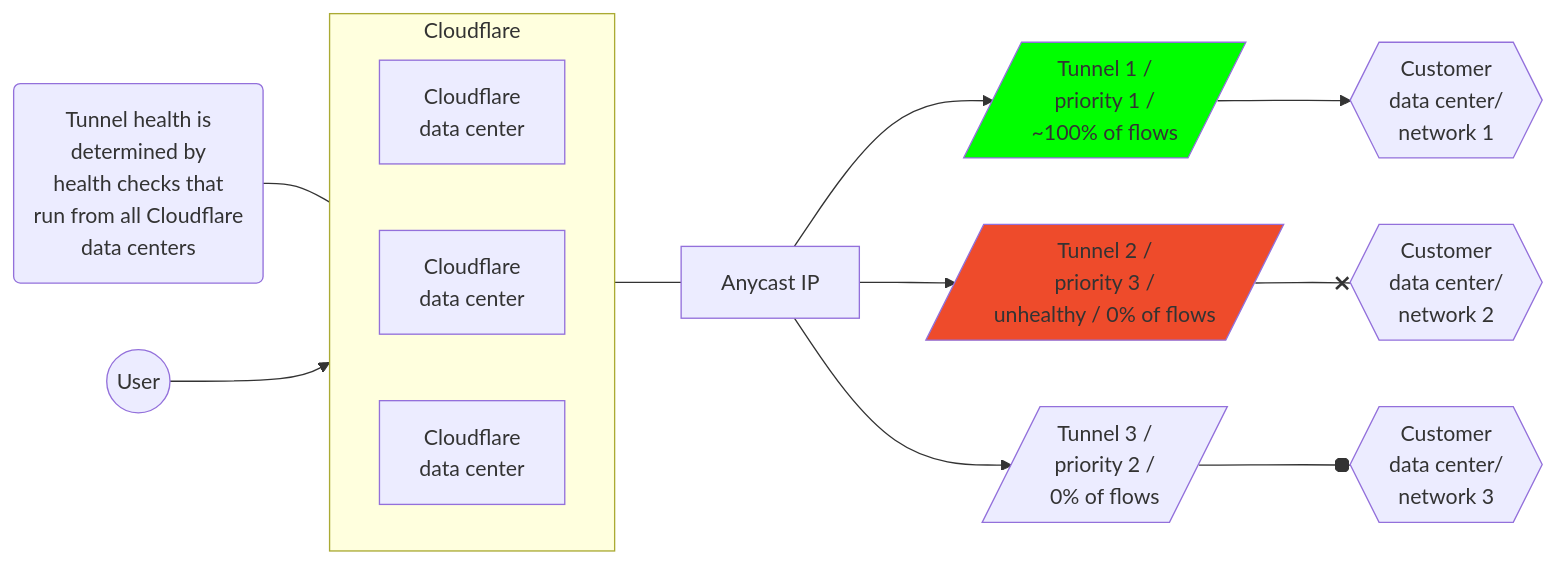
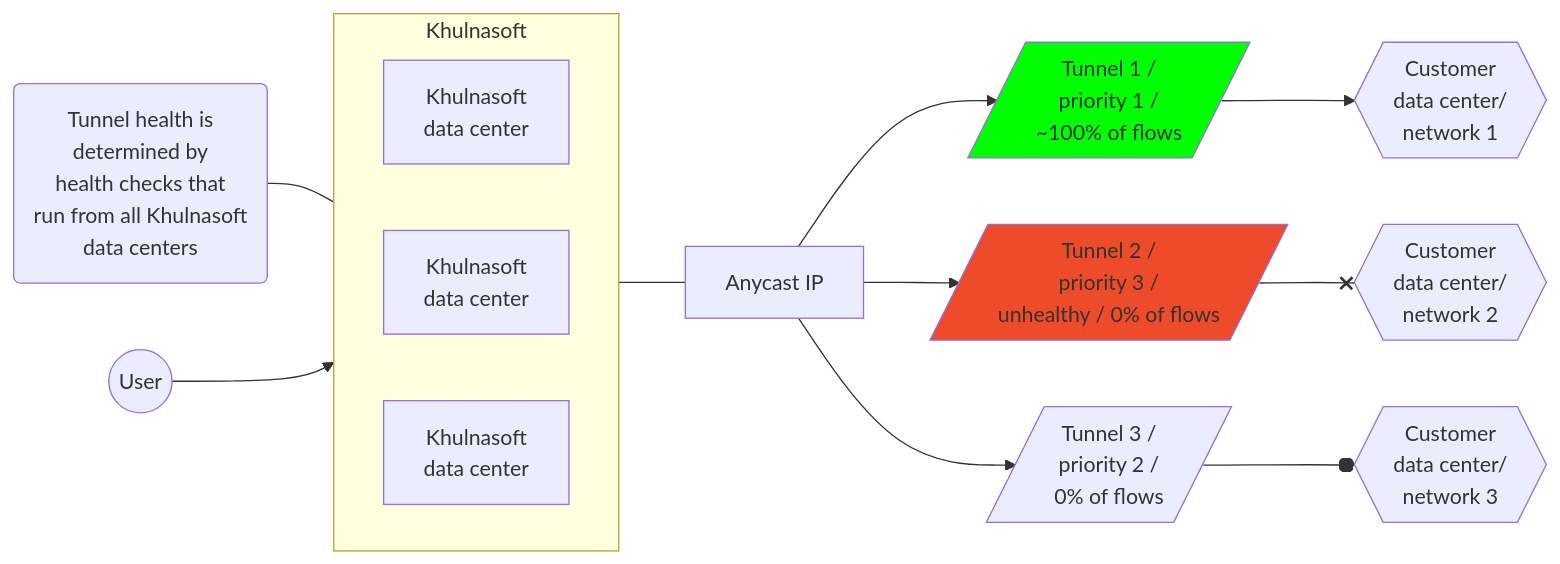
Before and after one commit to NxPKG/khulnasoft-docs: the third of 4 diagrams in content/magic-transit/_partials/_traffic-steering.md, drawn with Mermaid. The commit also changed other lines of this file and 2914 other files, not shown here.

````diff
--- a/content/magic-transit/_partials/_traffic-steering.md
+++ b/content/magic-transit/_partials/_traffic-steering.md
@@ -87,20 +87,20 @@
 ```mermaid
 flowchart LR
 accTitle: Tunnels diagram
 accDescr: This example has Tunnel 2 unhealthy, and all traffic prioritized to Tunnel 1.
 
-subgraph Cloudflare
+subgraph Khulnasoft
 direction LR
-B[Cloudflare <br> data center]
-C[Cloudflare <br> data center]
-D[Cloudflare <br> data center]
+B[Khulnasoft <br> data center]
+C[Khulnasoft <br> data center]
+D[Khulnasoft <br> data center]
 end
 
-Z(Tunnel health is <br> determined by <br> health checks that <br> run from all Cloudflare <br> data centers) --- Cloudflare
-A((User)) --> Cloudflare --- E[Anycast IP]
+Z(Tunnel health is <br> determined by <br> health checks that <br> run from all Khulnasoft <br> data centers) --- Khulnasoft
+A((User)) --> Khulnasoft --- E[Anycast IP]
 E[Anycast IP] --> F[/"Tunnel 1 / <br> priority 1 / <br> ~100% of flows"/]:::green --> I{{Customer <br> data center/ <br> network 1}}
 E[Anycast IP] --> G[/Tunnel 2 / <br> priority 3 / <br> unhealthy / 0% of flows/]:::red --x J{{Customer <br> data center/ <br> network 2}}
 E[Anycast IP] --> H[/Tunnel 3 / <br> priority 2 / <br> 0% of flows/] --o K{{Customer <br> data center/ <br> network 3}}
 classDef red fill:#EE4B2B
 classDef green fill:#00FF00
 ```
````
